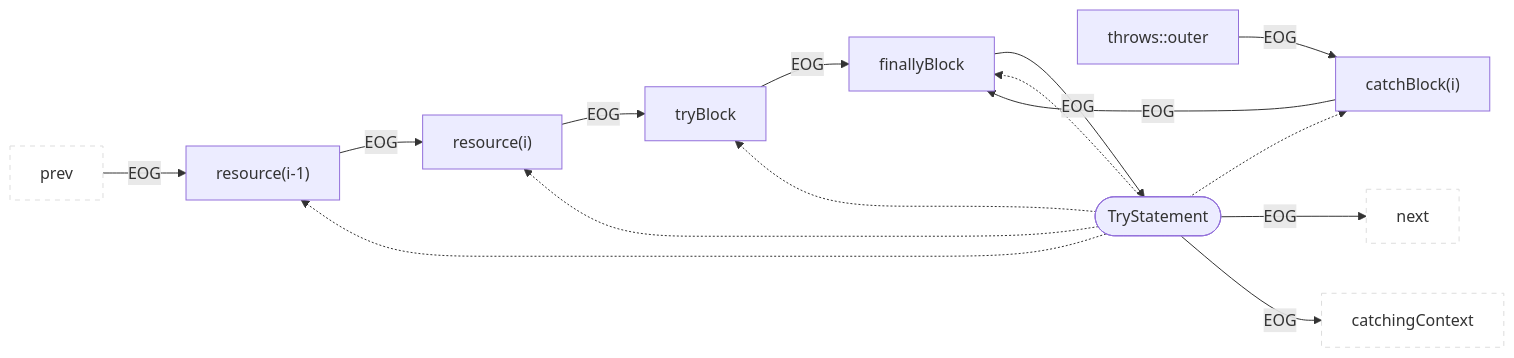
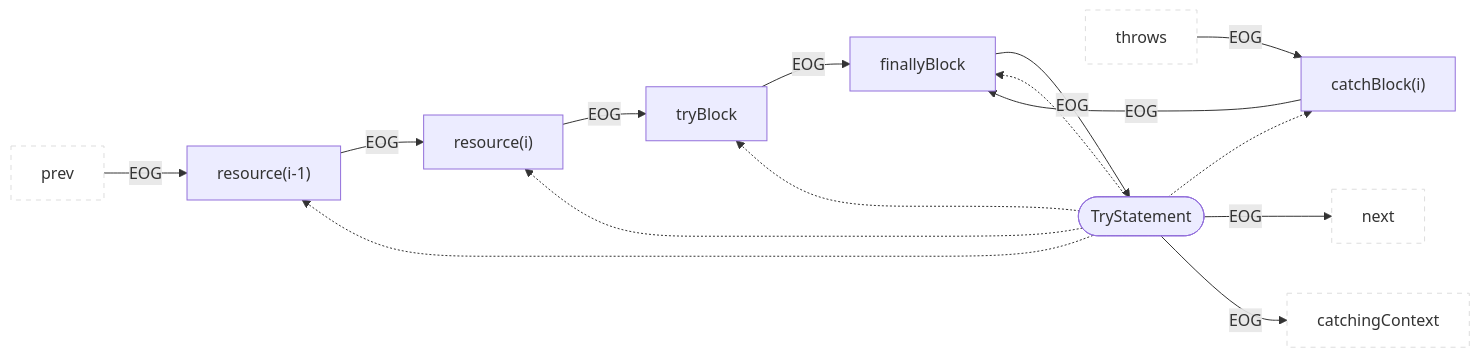
One commit to Fraunhofer-AISEC/cpg changed diagram 17 of 36 in cpg-core/specifications/eog.md. Above: the diagram before and after it, drawn with Mermaid.

````diff
--- a/cpg-core/specifications/eog.md
+++ b/cpg-core/specifications/eog.md
@@ -253,19 +253,19 @@
 ```mermaid
 flowchart LR
   classDef outer fill:#fff,stroke:#ddd,stroke-dasharray:5 5;
   prev:::outer --EOG--> child1["resource(i-1)"]
-  throws::outer --EOG-->child5["catchBlock(i)"]
+  throws:::outer --EOG-->child5["catchBlock(i)"]
   child1 --EOG-->child2["resource(i)"]
   child2 --EOG-->child3["tryBlock"]
   child3 --EOG-->child4["finallyBlock"]
   child5 --EOG-->child4
   child4 --EOG-->parent
   parent -.-> child1
   parent -.-> child2
   parent -.-> child3
   parent -.-> child4
   parent -.-> child5
   parent([TryStatement]) --EOG--> next:::outer
   parent([TryStatement]) --EOG--> catchingContext:::outer
 
 ```
````
